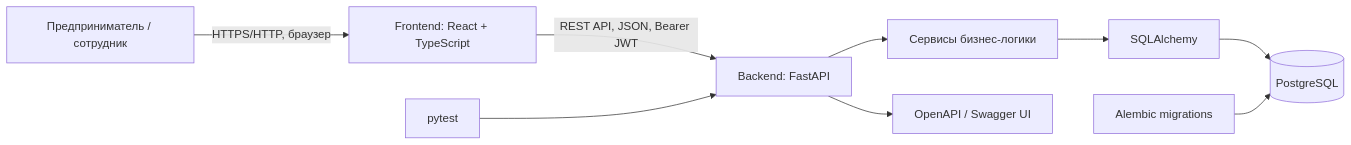
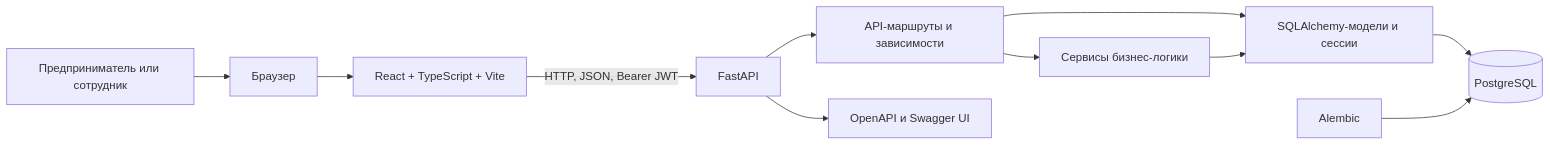
One commit to lllyll45/smart-credit-cabinet changed the diagram in docs/architecture.md. Above: the diagram before and after it, drawn with Mermaid. The commit also changed other lines of this file and 23 other files, not shown here.

````diff
--- a/docs/architecture.md
+++ b/docs/architecture.md
@@ -27,11 +24,13 @@
 ```mermaid
 flowchart LR
-    U[Предприниматель / сотрудник] -->|HTTPS/HTTP, браузер| F[Frontend: React + TypeScript]
-    F -->|REST API, JSON, Bearer JWT| A[Backend: FastAPI]
-    A --> S[Сервисы бизнес-логики]
-    S --> ORM[SQLAlchemy]
+    User[Предприниматель или сотрудник] --> Browser[Браузер]
+    Browser --> Frontend[React + TypeScript + Vite]
+    Frontend -->|HTTP, JSON, Bearer JWT| API[FastAPI]
+    API --> Routes[API-маршруты и зависимости]
+    Routes --> Services[Сервисы бизнес-логики]
+    Routes --> ORM[SQLAlchemy-модели и сессии]
+    Services --> ORM
     ORM --> DB[(PostgreSQL)]
-    A --> DOC[OpenAPI / Swagger UI]
-    T[pytest] --> A
-    M[Alembic migrations] --> DB
+    Migrations[Alembic] --> DB
+    API --> OpenAPI[OpenAPI и Swagger UI]
 ```
````
